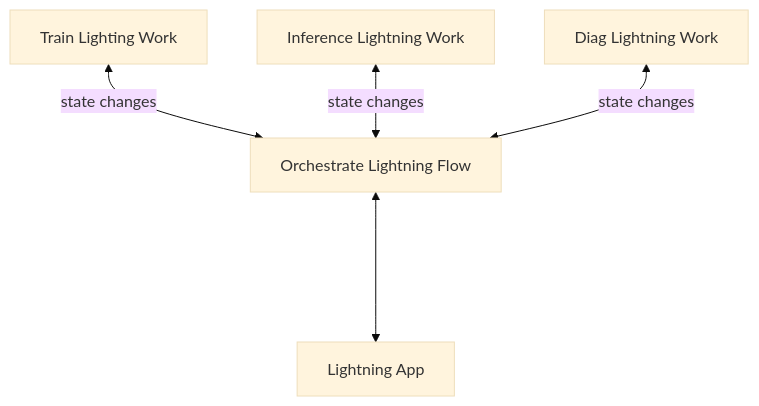
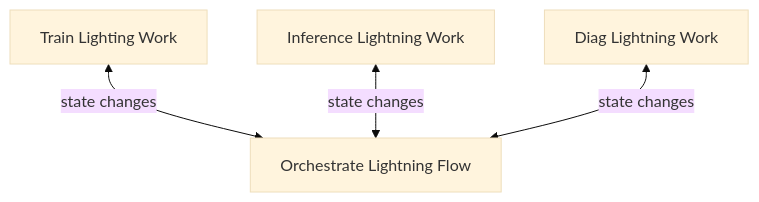
One commit to robert-s-lee/lai-train-eval changed the first of 3 diagrams in README.md. Above: the diagram before and after it, drawn with Mermaid (base theme). The commit also changed other lines of this file, not shown here.

````diff
--- a/README.md
+++ b/README.md
@@ -12,7 +28,6 @@
 ```mermaid
 graph TD;
   T[Train Lighting Work]      <-- state changes --> LF[Orchestrate Lightning Flow]
   I[Inference Lightning Work] <-- state changes --> LF
   D[Diag Lightning Work]      <-- state changes-->  LF
-  LF                          <---->                LA[Lightning App] 
 ```
````
